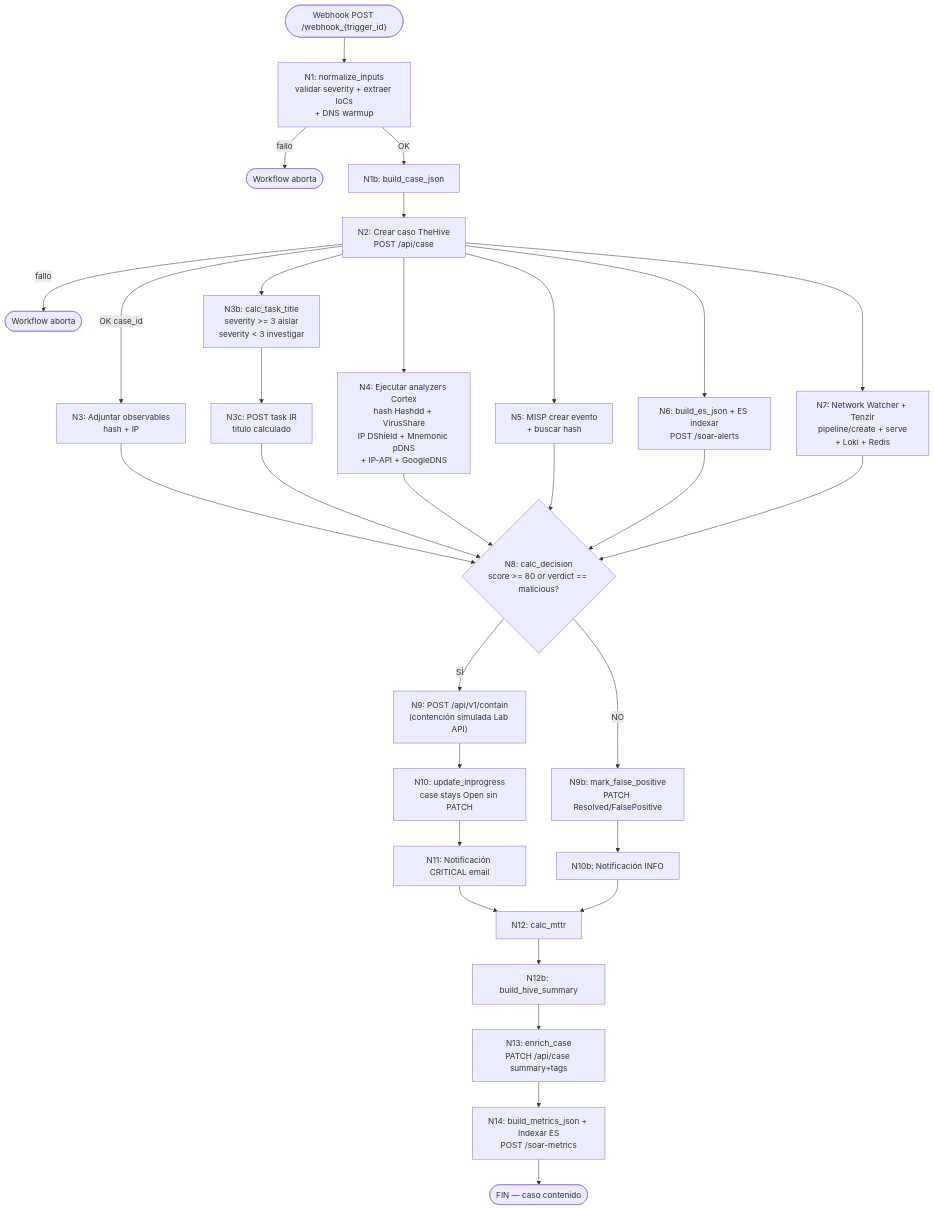
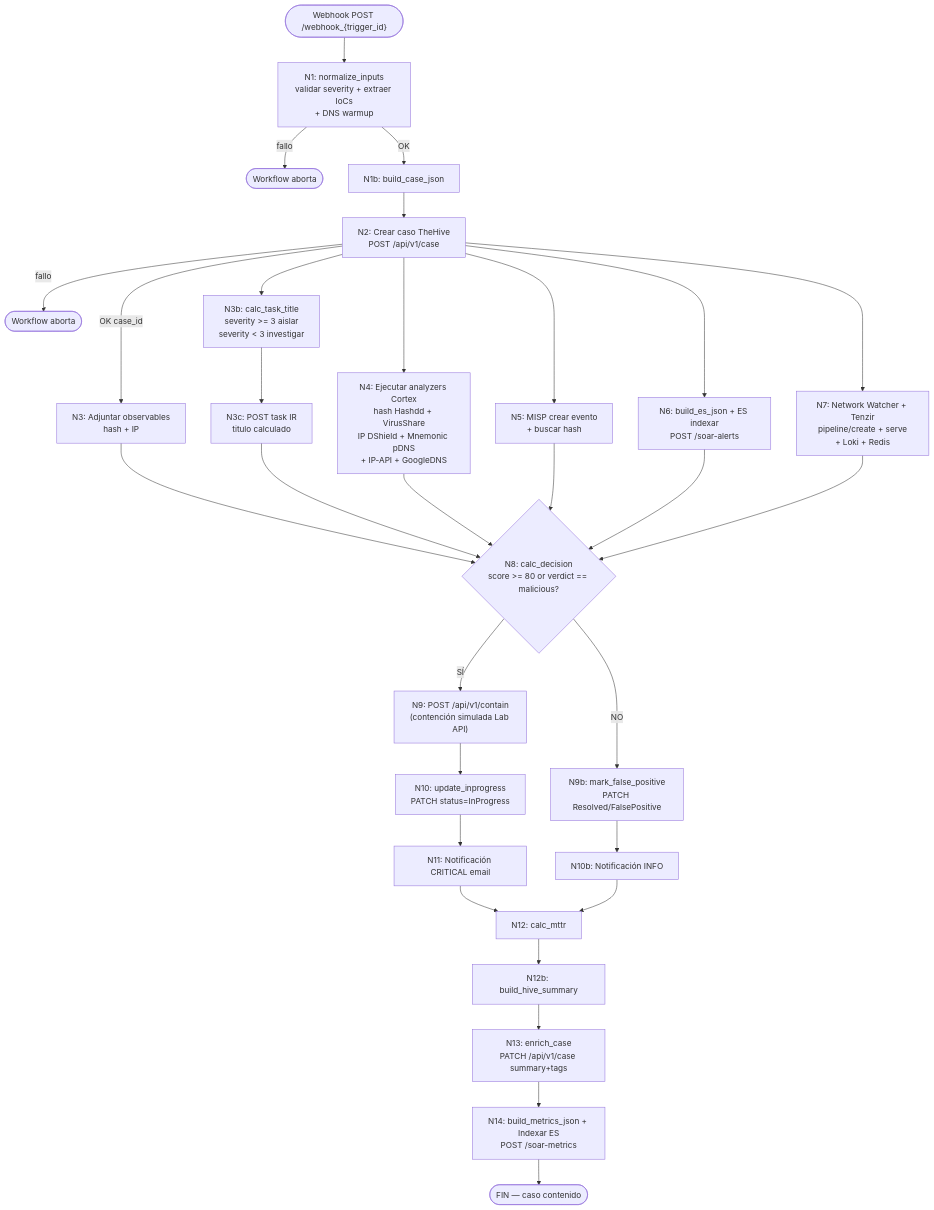
One commit to alesanfe/soar-ransomware-lab changed the tenth of 22 diagrams in docs/02-architecture.md. Above: the diagram before and after it, drawn with Mermaid. The commit also changed other lines of this file and 107 other files, not shown here.

````diff
--- a/docs/02-architecture.md
+++ b/docs/02-architecture.md
@@ -2885,35 +2881,35 @@
 ```mermaid
 flowchart TD
  A(["Webhook POST /webhook_{trigger_id}"]) --> B["N1: normalize_inputs<br/>validar severity + extraer IoCs<br/>+ DNS warmup"]
  B -->|fallo| ERR1([Workflow aborta])
  B -->|OK| B2[N1b: build_case_json]
- B2 --> D[N2: Crear caso TheHive<br/>POST /api/case]
+ B2 --> D[N2: Crear caso TheHive<br/>POST /api/v1/case]
  D -->|fallo| ERR2([Workflow aborta])
  D -->|OK case_id| E[N3: Adjuntar observables<br/>hash + IP]
  D --> E2[N3b: calc_task_title<br/>severity >= 3 aislar<br/>severity < 3 investigar]
  E2 --> E3[N3c: POST task IR<br/>titulo calculado]
  D --> F[N4: Ejecutar analyzers Cortex<br/>hash Hashdd + VirusShare<br/>IP DShield + Mnemonic pDNS<br/>+ IP-API + GoogleDNS]
  D --> G[N5: MISP crear evento<br/>+ buscar hash]
  D --> H[N6: build_es_json + ES indexar<br/>POST /soar-alerts]
  D --> I[N7: Network Watcher + Tenzir<br/>pipeline/create + serve<br/>+ Loki + Redis]
 
  E --> J{N8: calc_decision<br/>score >= 80 or verdict == malicious?}
  E3 --> J
  F --> J
  G --> J
  H --> J
  I --> J
 
  J -->|SÍ| K["N9: POST /api/v1/contain<br/>(contención simulada Lab API)"]
- K --> L["N10: update_inprogress<br/>case stays Open sin PATCH"]
+ K --> L["N10: update_inprogress<br/>PATCH status=InProgress"]
  L --> M[N11: Notificación CRITICAL email]
  M --> N[N12: calc_mttr]
  N --> N2[N12b: build_hive_summary]
- N2 --> O[N13: enrich_case<br/>PATCH /api/case summary+tags]
+ N2 --> O[N13: enrich_case<br/>PATCH /api/v1/case summary+tags]
  O --> P[N14: build_metrics_json + Indexar ES<br/>POST /soar-metrics]
  P --> Z([FIN — caso contenido])
 
  J -->|NO| K2[N9b: mark_false_positive<br/>PATCH Resolved/FalsePositive]
  K2 --> L2[N10b: Notificación INFO]
  L2 --> N
 ```
````
